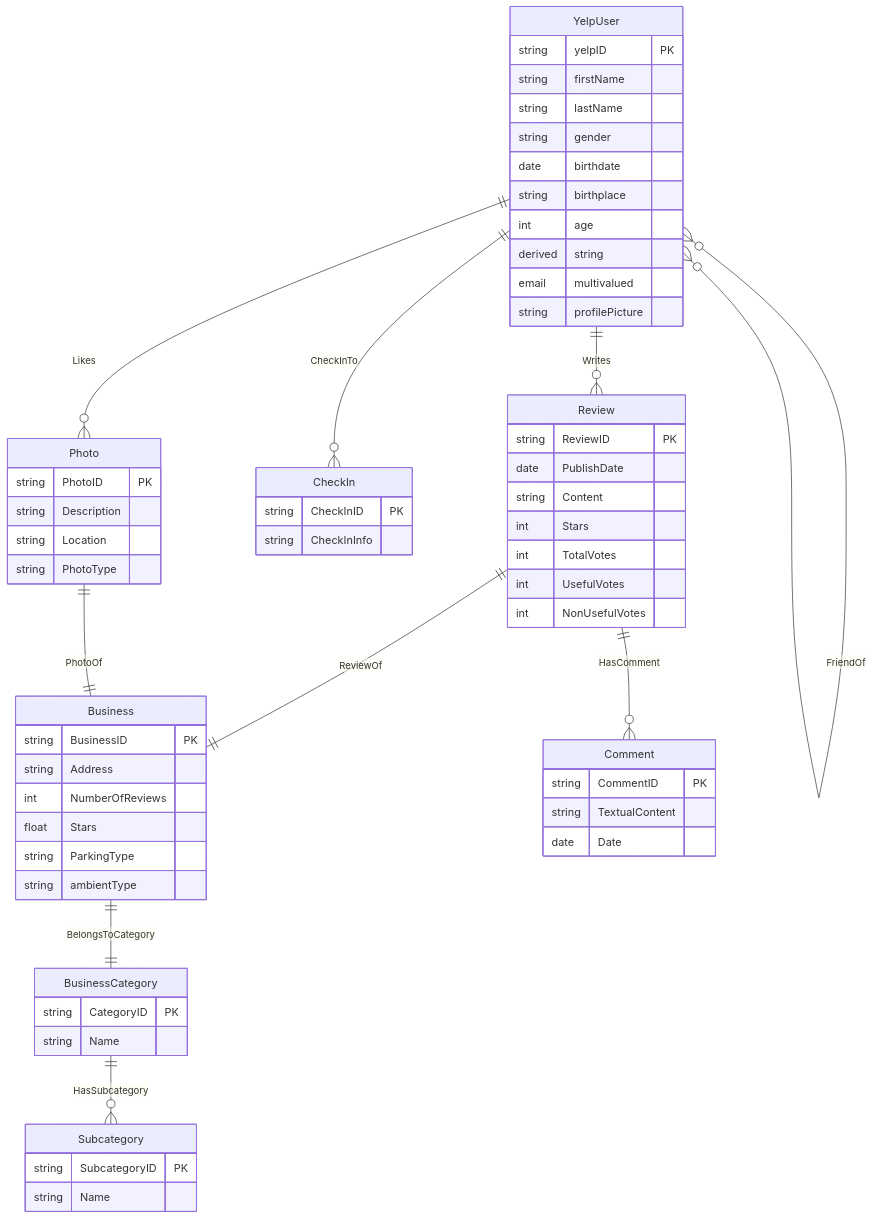
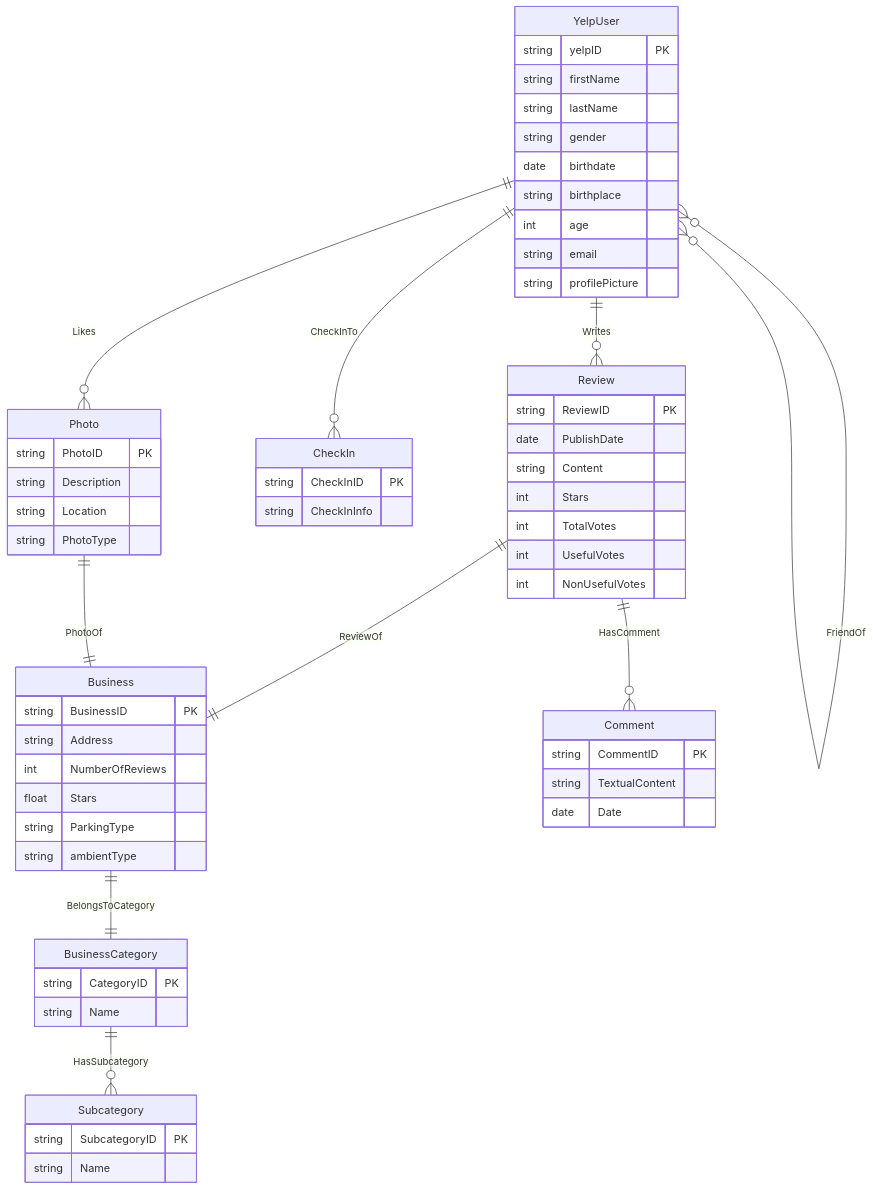
The diagram in assignments/01-eer-data-model/01-assignment-chatgpt.mmd (xjvcm/sjsu-2024-cs-157a-01), drawn with Mermaid before and after one commit.

```diff
--- a/assignments/01-eer-data-model/01-assignment-chatgpt.mmd
+++ b/assignments/01-eer-data-model/01-assignment-chatgpt.mmd
@@ -1,62 +1,62 @@
 erDiagram
     YelpUser ||--o{ Review : "Writes"
     Review ||--|| Business : "ReviewOf"
     Business ||--|| BusinessCategory : "BelongsToCategory"
     BusinessCategory ||--o{ Subcategory : "HasSubcategory"
     YelpUser ||--o{ CheckIn : "CheckInTo"
     YelpUser ||--o{ Photo : "Likes"
     Photo ||--|| Business : "PhotoOf"
     Review ||--o{ Comment : "HasComment"
     YelpUser }o--o{ YelpUser : "FriendOf"
 
     YelpUser {
         string yelpID PK
         string firstName
         string lastName
         string gender
         date birthdate
         string birthplace
-        int age derived
-        string email multivalued
+        int age
+        string email
         string profilePicture
     }
     Review {
         string ReviewID PK
         date PublishDate
         string Content
         int Stars
         int TotalVotes
         int UsefulVotes
         int NonUsefulVotes
     }
     Business {
         string BusinessID PK
         string Address
         int NumberOfReviews
         float Stars
         string ParkingType
         string ambientType
     }
     BusinessCategory {
         string CategoryID PK
         string Name
     }
     Subcategory {
         string SubcategoryID PK
         string Name
     }
     Photo {
         string PhotoID PK
         string Description
         string Location
         string PhotoType
     }
     CheckIn {
         string CheckInID PK
         string CheckInInfo
     }
     Comment {
         string CommentID PK
         string TextualContent
         date Date
     }
```
